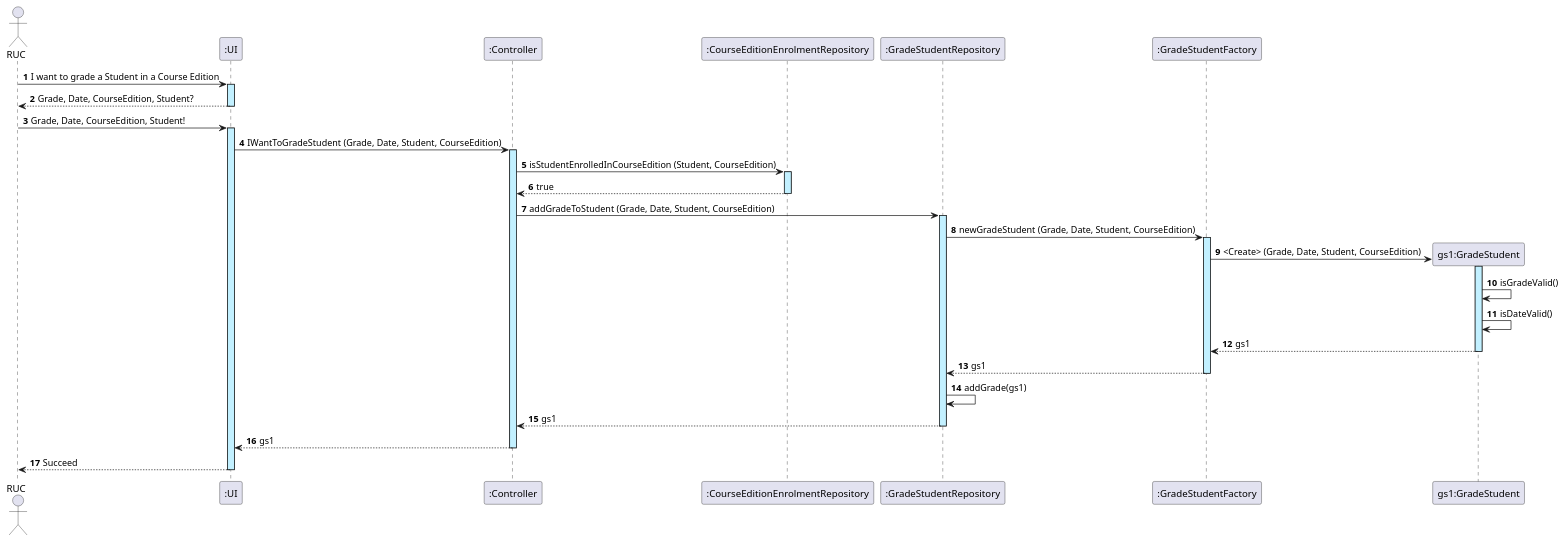
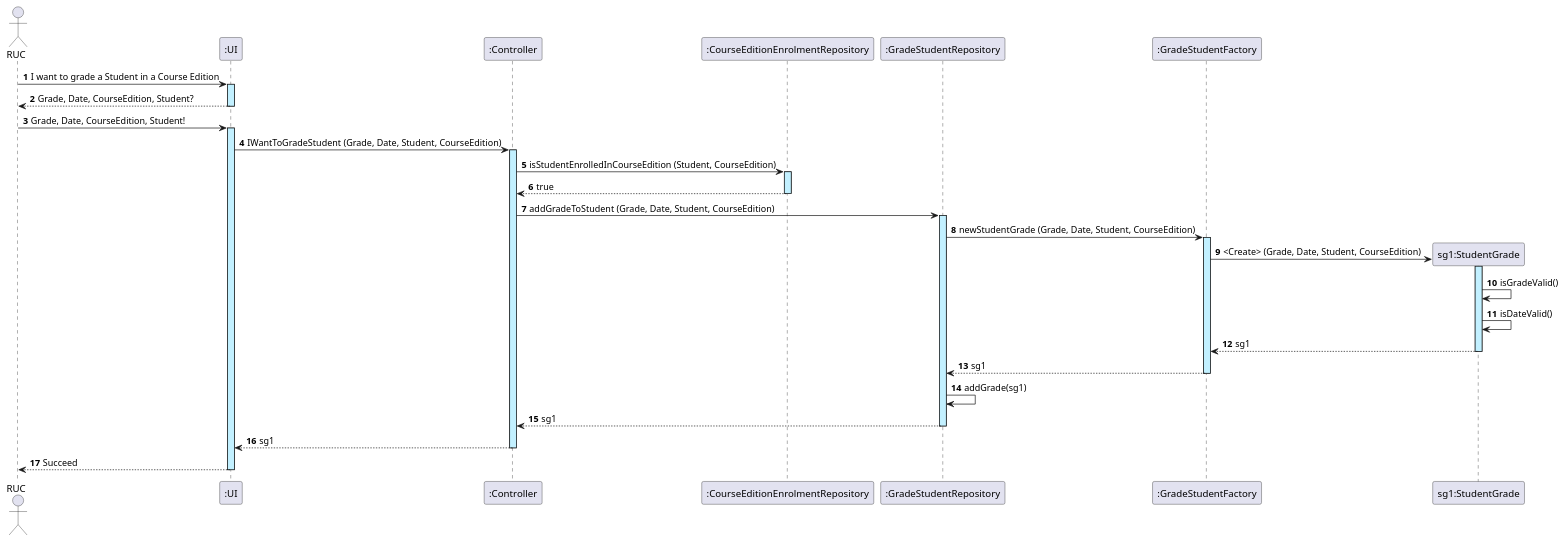
One commit to GasparISEP/DevOps-PAI changed the diagram in docs/US22/US22_GradeAStudentInACourseEdition_SequenceDiagram.puml. Above: the diagram before and after it, drawn with PlantUML.

Commit message:
- Update Diagram Sequence of US22

```diff
--- a/docs/US22/US22_GradeAStudentInACourseEdition_SequenceDiagram.puml
+++ b/docs/US22/US22_GradeAStudentInACourseEdition_SequenceDiagram.puml
@@ -1,37 +1,37 @@
 @startuml
 actor RUC
 participant ":UI" as UI
 participant ":Controller" as ctr
 participant ":CourseEditionEnrolmentRepository" as CEER
 participant ":GradeStudentRepository" as GR
 participant ":GradeStudentFactory" as GSF
 
 autonumber
 
 RUC -> UI ++ #application: I want to grade a Student in a Course Edition
 UI --> RUC --: Grade, Date, CourseEdition, Student?
 RUC -> UI ++ #application: Grade, Date, CourseEdition, Student!
 UI -> ctr ++ #application : IWantToGradeStudent (Grade, Date, Student, CourseEdition)
 ctr -> CEER ++ #application : isStudentEnrolledInCourseEdition (Student, CourseEdition)
 CEER --> ctr -- : true
 
 
 ctr -> GR ++ #application : addGradeToStudent (Grade, Date, Student, CourseEdition)
-GR -> GSF ++ #application : newGradeStudent (Grade, Date, Student, CourseEdition)
+GR -> GSF ++ #application : newStudentGrade (Grade, Date, Student, CourseEdition)
 
 
 
-create "gs1:GradeStudent" as GS
+create "sg1:StudentGrade" as GS
 GSF -> GS ++ #application : <Create> (Grade, Date, Student, CourseEdition)
 GS -> GS : isGradeValid()
 GS -> GS : isDateValid()
-GS --> GSF -- : gs1
-GSF --> GR -- : gs1
+GS --> GSF -- : sg1
+GSF --> GR -- : sg1
 
 
-GR -> GR : addGrade(gs1)
-GR --> ctr --: gs1
-ctr --> UI --: gs1
+GR -> GR : addGrade(sg1)
+GR --> ctr --: sg1
+ctr --> UI --: sg1
 UI --> RUC --: Succeed
 
-@endumll
+@enduml
```
